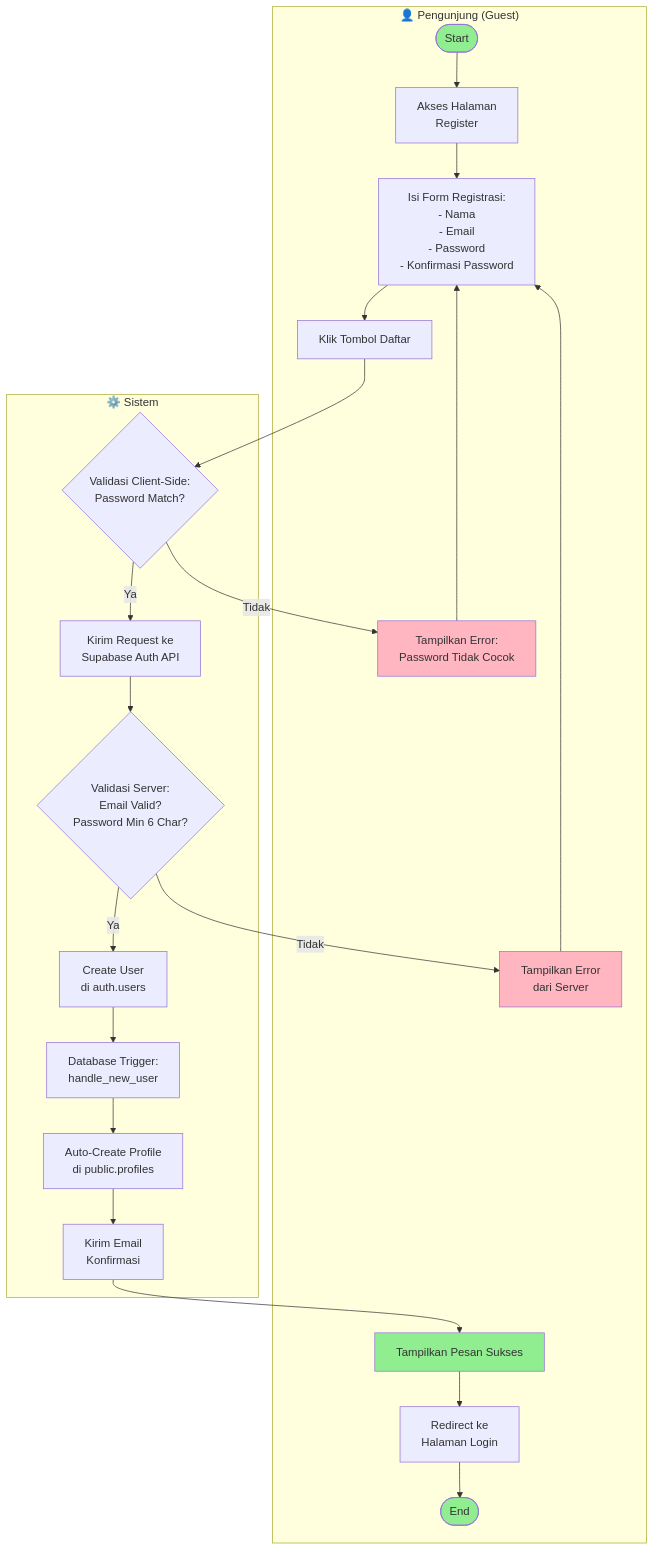
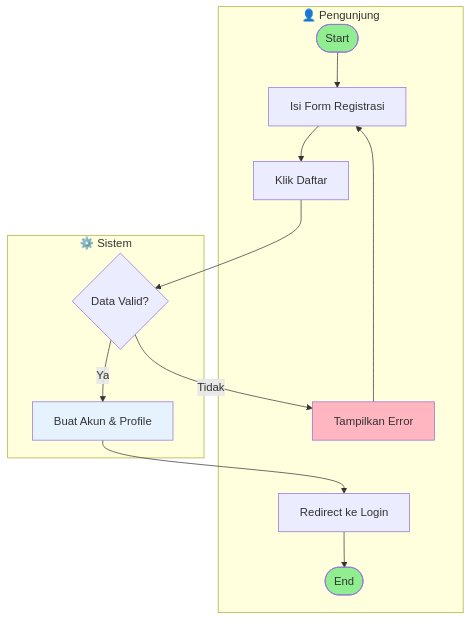
Before and after one commit to FarhanEfendi21/FlowDay: the first of 11 diagrams in ACTIVITY_DIAGRAMS.md, drawn with Mermaid. The commit also changed other lines of this file, not shown here.

Commit message:
fix activity diagram

````diff
--- a/ACTIVITY_DIAGRAMS.md
+++ b/ACTIVITY_DIAGRAMS.md
@@ -27,33 +26,23 @@
 ```mermaid
 graph TD
-    subgraph User["👤 Pengunjung (Guest)"]
-        Start([Start]) --> AccessPage[Akses Halaman<br/>Register]
-        AccessPage --> FillForm[Isi Form Registrasi:<br/>- Nama<br/>- Email<br/>- Password<br/>- Konfirmasi Password]
-        FillForm --> SubmitBtn[Klik Tombol Daftar]
-        ErrorMatch[Tampilkan Error:<br/>Password Tidak Cocok] --> FillForm
-        ErrorServer[Tampilkan Error<br/>dari Server] --> FillForm
-        ShowSuccess[Tampilkan Pesan Sukses] --> RedirectLogin[Redirect ke<br/>Halaman Login]
-        RedirectLogin --> End([End])
+    subgraph Guest["👤 Pengunjung"]
+        A([Start]) --> B[Isi Form Registrasi]
+        B --> C[Klik Daftar]
+        E[Tampilkan Error] --> B
+        G[Redirect ke Login] --> H([End])
     end
     
     subgraph System["⚙️ Sistem"]
-        ValidateClient{Validasi Client-Side:<br/>Password Match?}
-        ValidateClient -->|Tidak| ErrorMatch
-        ValidateClient -->|Ya| SendRequest[Kirim Request ke<br/>Supabase Auth API]
-        SendRequest --> ValidateServer{Validasi Server:<br/>Email Valid?<br/>Password Min 6 Char?}
-        ValidateServer -->|Tidak| ErrorServer
-        ValidateServer -->|Ya| CreateUser[Create User<br/>di auth.users]
-        CreateUser --> TriggerDB[Database Trigger:<br/>handle_new_user]
-        TriggerDB --> CreateProfile[Auto-Create Profile<br/>di public.profiles]
-        CreateProfile --> SendEmail[Kirim Email<br/>Konfirmasi]
-        SendEmail --> ShowSuccess
+        D{Data Valid?}
+        D -->|Tidak| E
+        D -->|Ya| F[Buat Akun & Profile]
+        F --> G
     end
     
-    SubmitBtn --> ValidateClient
+    C --> D
 
-    style Start fill:#90EE90
-    style End fill:#90EE90
-    style ErrorMatch fill:#FFB6C1
-    style ErrorServer fill:#FFB6C1
-    style ShowSuccess fill:#90EE90
+    style A fill:#90EE90
+    style H fill:#90EE90
+    style E fill:#FFB6C1
+    style F fill:#E6F3FF
 ```
````
